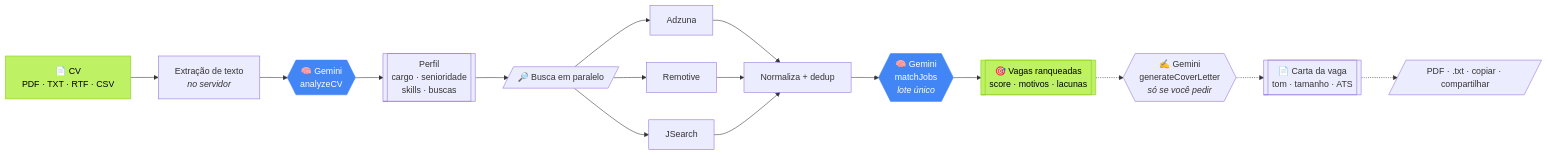
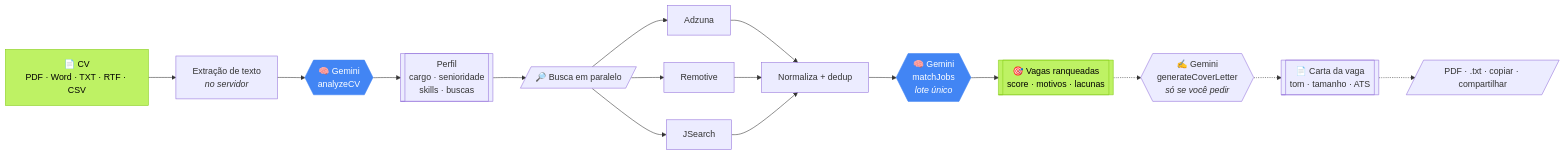
One commit to cielioqueiroz/buscador-de-cv changed the diagram in README.md. Above: the diagram before and after it, drawn with Mermaid. The commit also changed other lines of this file and 12 other files, not shown here.

````diff
--- a/README.md
+++ b/README.md
@@ -51,21 +51,21 @@
 ```mermaid
 flowchart LR
-    A[📄 CV<br/>PDF · TXT · RTF · CSV] --> B[Extração de texto<br/><i>no servidor</i>]
+    A[📄 CV<br/>PDF · Word · TXT · RTF · CSV] --> B[Extração de texto<br/><i>no servidor</i>]
     B --> C{{"🧠 Gemini<br/>analyzeCV"}}
     C --> D[["Perfil<br/>cargo · senioridade<br/>skills · buscas"]]
     D --> E[/"🔎 Busca em paralelo"/]
     E --> F1[Adzuna]
     E --> F2[Remotive]
     E --> F3[JSearch]
     F1 & F2 & F3 --> G[Normaliza + dedup]
     G --> H{{"🧠 Gemini<br/>matchJobs<br/><i>lote único</i>"}}
     H --> I[["🎯 Vagas ranqueadas<br/>score · motivos · lacunas"]]
     I -.-> J{{"✍️ Gemini<br/>generateCoverLetter<br/><i>só se você pedir</i>"}}
     J -.-> K[["📄 Carta da vaga<br/>tom · tamanho · ATS"]]
     K -.-> L[/"PDF · .txt · copiar · compartilhar"/]
 
     style C fill:#4285F4,stroke:#4285F4,color:#fff
     style H fill:#4285F4,stroke:#4285F4,color:#fff
     style I fill:#bef264,stroke:#84cc16,color:#000
     style A fill:#bef264,stroke:#84cc16,color:#000
 ```
````
